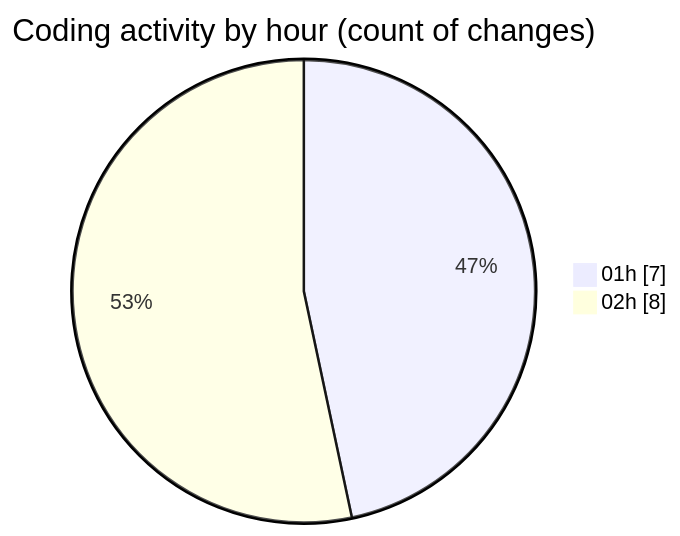
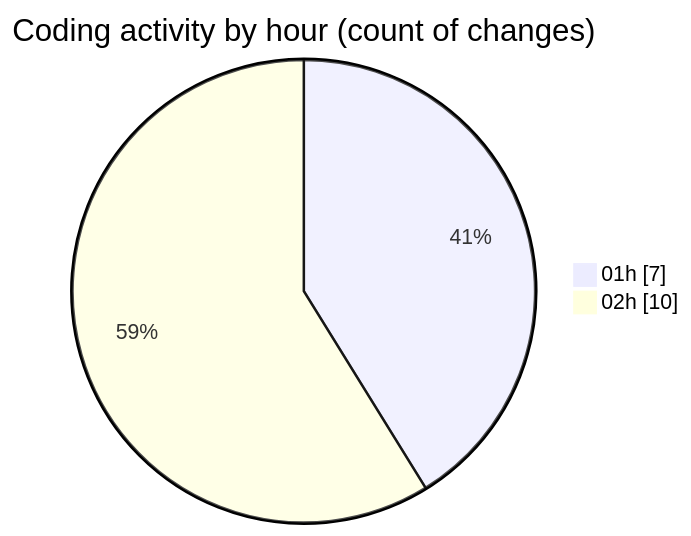
Before and after one commit to Ritupan-Deka/code-tracking: the second of 2 diagrams in 2025-01-24/projects/README.md, drawn with Mermaid. The commit also changed other lines of this file and 1 other file, not shown here.

````diff
--- a/2025-01-24/projects/README.md
+++ b/2025-01-24/projects/README.md
@@ -39,6 +39,6 @@
 ```mermaid
 pie showData
 title Coding activity by hour (count of changes)
 "01h" : 7
-"02h" : 8
+"02h" : 10
 ```
````
